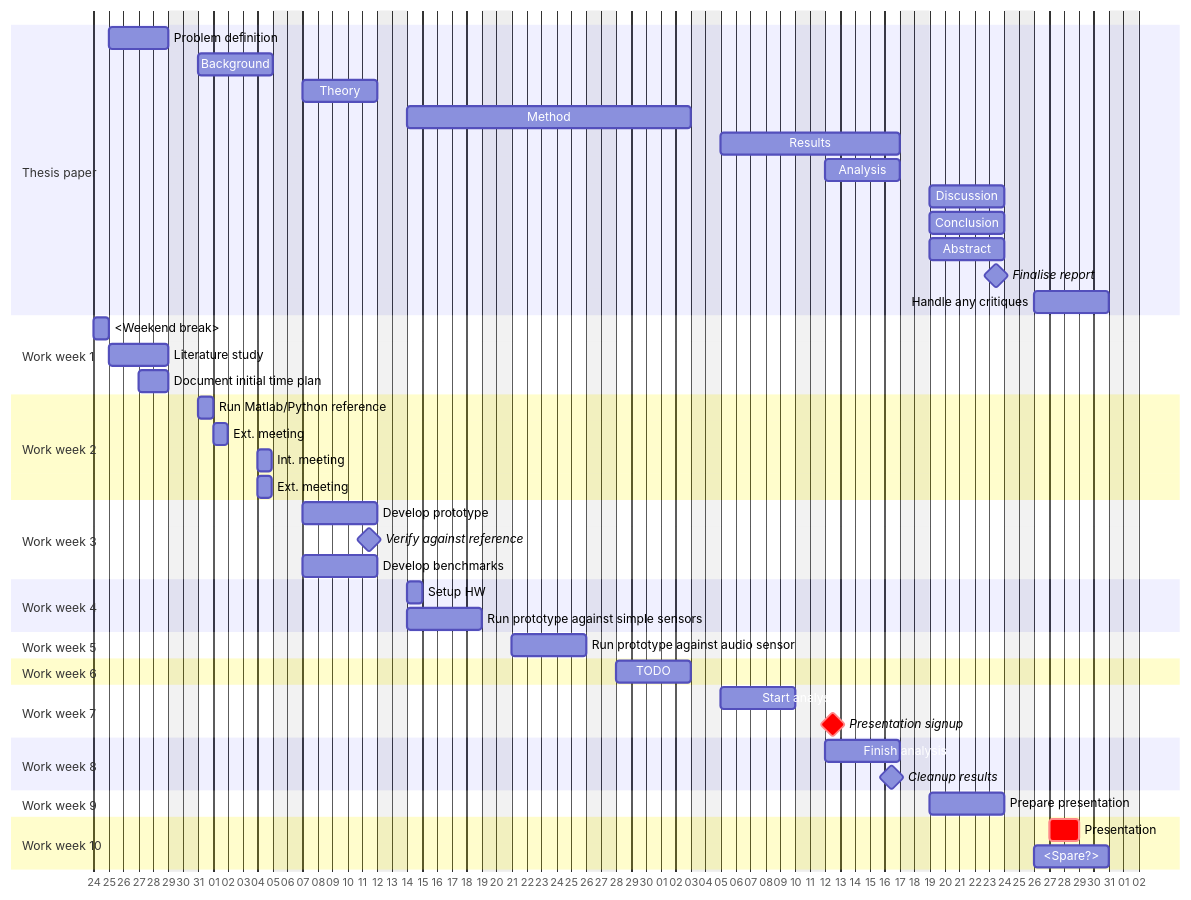
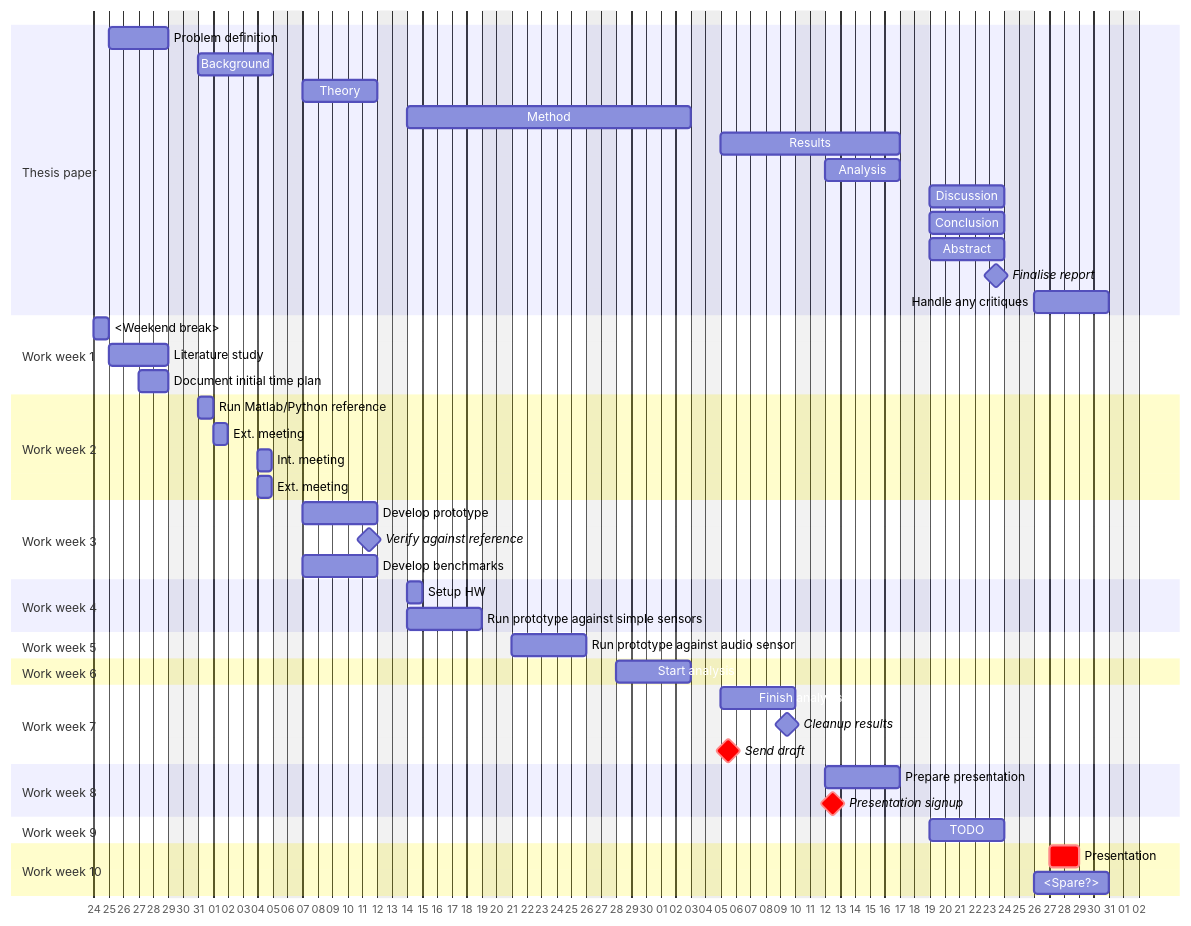
One commit to lmas/thesis changed the diagram in time.md. Above: the diagram before and after it, drawn with Mermaid. The commit also changed other lines of this file and 3 other files, not shown here.

````diff
--- a/time.md
+++ b/time.md
@@ -18,71 +18,72 @@
 ```mermaid
 gantt
     dateFormat  MM-DD
     excludes saturday, sunday
     weekday monday
     tickInterval 1day
     axisFormat %d
 
 %% BUG: can't use 1d milestones on fridays?? Had to use 23h instead
 
 section Thesis paper
     Problem definition: 03-25, 4d
 
     Background: 5d
 
     Theory: 5d
 
     Method: 15d
     
     Results: 05-05, 10d
 
     Analysis: 05-12, 5d   
 
     Discussion:05-19, 5d
     Conclusion: 05-19, 5d
     Abstract: 05-19, 5d
     Finalise report: milestone, 05-23, 23h
 
     Handle any critiques: 05-26, 5d
 
 section Work week 1
     <Weekend break>: 03-24, 1d
     Literature study: 03-25, 4d
     Document initial time plan: 03-27, 2d
 
 section Work week 2
     Run Matlab/Python reference: 03-31, 1d
     Ext. meeting: 04-01, 23h
     Int. meeting: 04-04, 23h
     Ext. meeting: 04-04, 23h
 
 section Work week 3
     Develop prototype: 04-07, 5d
     Verify against reference: milestone, 04-11, 23h
     Develop benchmarks: 04-07, 5d
 
 section Work week 4
     Setup HW: 04-14, 1d
     Run prototype against simple sensors: 04-14, 5d
 
 section Work week 5
     Run prototype against audio sensor: 04-21, 5d
 
 section Work week 6
-    TODO: 5d
+    Start analysis: 04-28, 5d
 
 section Work week 7
-    Start analysis: 05-05, 5d
+    Finish analysis: 05-05, 5d
+    Cleanup results: milestone, 05-09, 23h
+    Send draft: crit, milestone, 05-05, 1d
+
+section Work week 8
+    Prepare presentation: 05-12, 5d
     Presentation signup: crit, milestone, 05-12, 1d
 
-section Work week 8
-    Finish analysis: 05-12, 5d
-    Cleanup results: milestone, 05-16, 23h
-
 section Work week 9
-    Prepare presentation: 05-19, 5d
+    TODO: 05-19, 5d
 
 section Work week 10
     Presentation: crit, 05-27, 2d
     <Spare?>: 05-26, 5d
 ```
````
